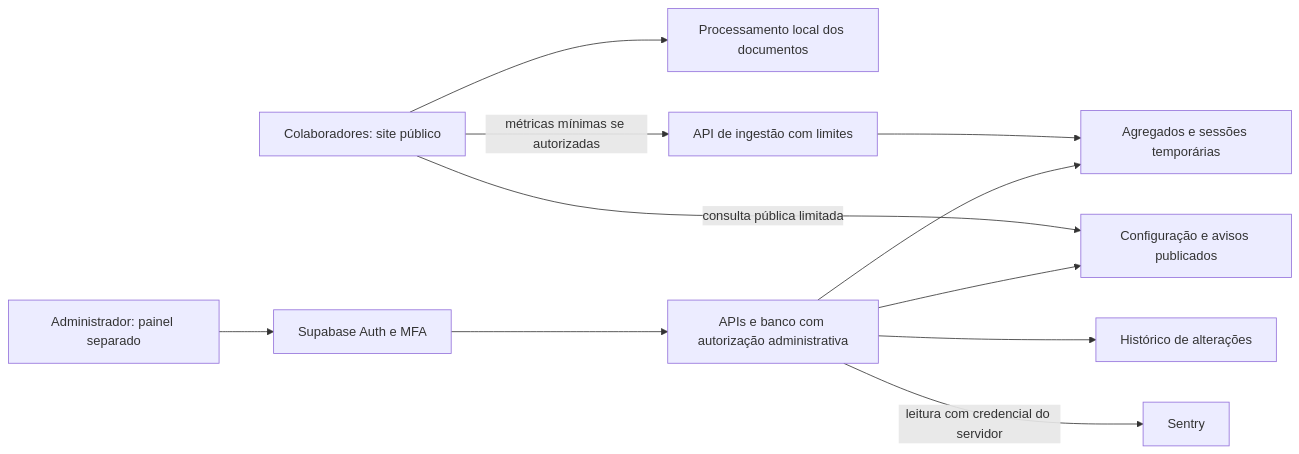
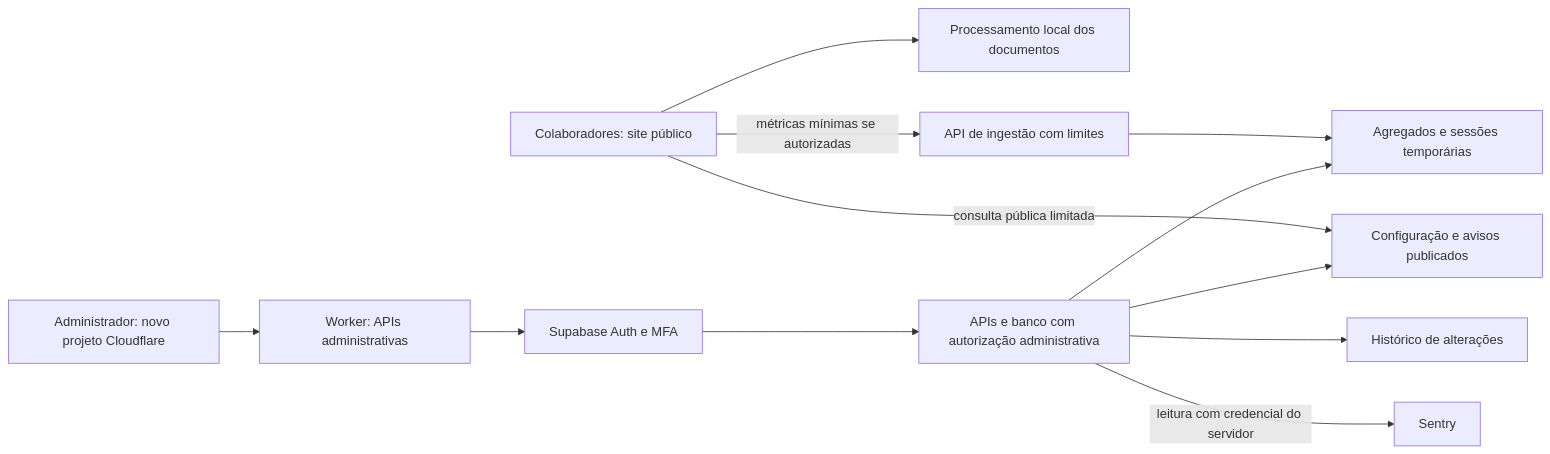
One commit to misaeldasilva123ms96-commits/CentralPDF_Web_Local changed the diagram in docs/proposals/admin/PLANO.md. Above: the diagram before and after it, drawn with Mermaid. The commit also changed other lines of this file and 3 other files, not shown here.

Commit message:
docs: revisar plano administrativo para novo projeto Cloudflare

````diff
--- a/docs/proposals/admin/PLANO.md
+++ b/docs/proposals/admin/PLANO.md
@@ -56,13 +58,14 @@
 ```mermaid
 flowchart LR
   U[Colaboradores: site público] --> L[Processamento local dos documentos]
   U -->|consulta pública limitada| C[Configuração e avisos publicados]
   U -->|métricas mínimas se autorizadas| E[API de ingestão com limites]
   E --> G[Agregados e sessões temporárias]
-  A[Administrador: painel separado] --> H[Supabase Auth e MFA]
+  A[Administrador: novo projeto Cloudflare] --> W[Worker: APIs administrativas]
+  W --> H[Supabase Auth e MFA]
   H --> P[APIs e banco com autorização administrativa]
   P --> G
   P --> C
   P --> J[Histórico de alterações]
   P -->|leitura com credencial do servidor| S[Sentry]
 ```
````
